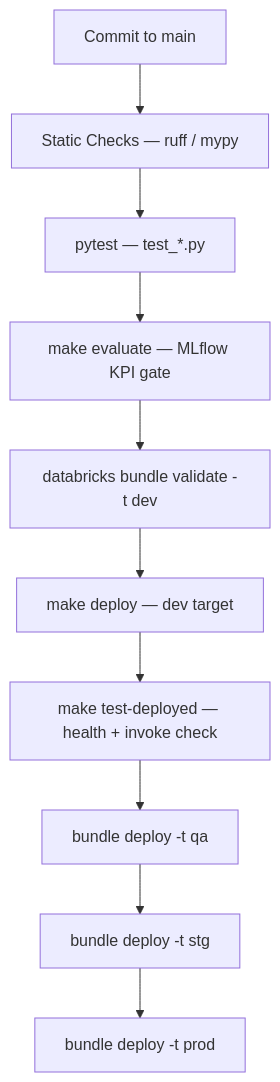
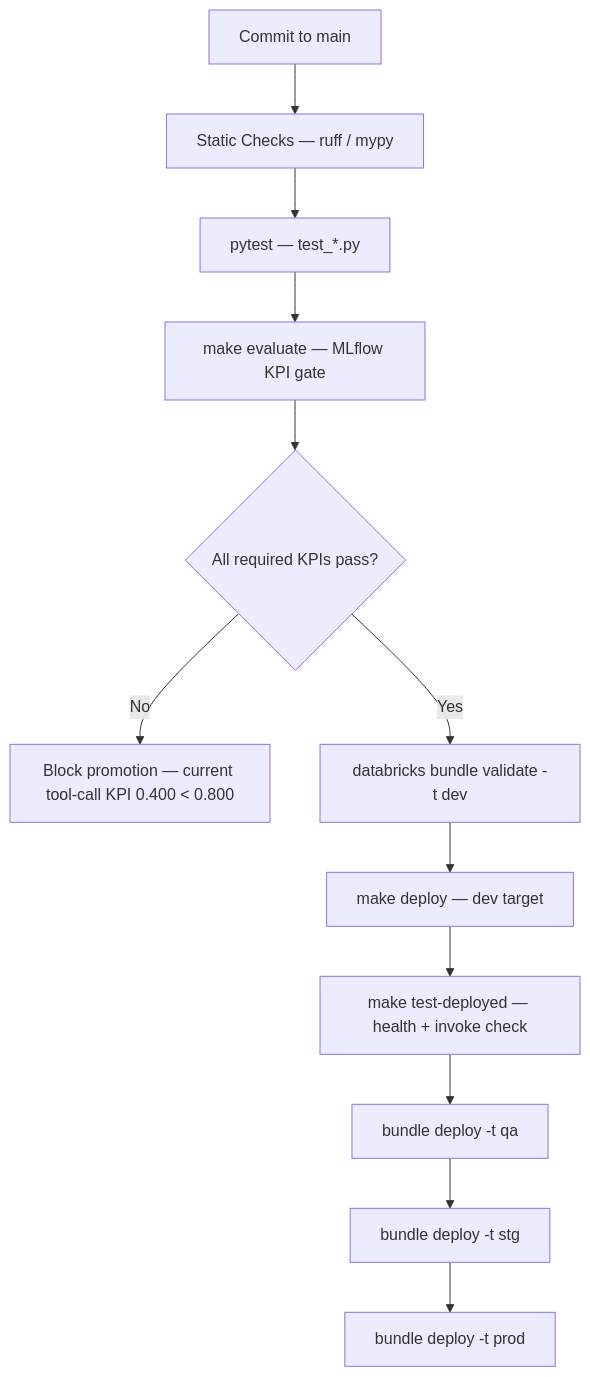
The second of 5 diagrams in docs/architecture/design-artifacts/06-deployment-detailed.md (wchen-dea/Governed-Multi-Agent-Intelligence-on-Databricks), drawn with Mermaid before and after one commit. The commit also changed other lines of this file and 33 other files, not shown here.

````diff
--- a/docs/architecture/design-artifacts/06-deployment-detailed.md
+++ b/docs/architecture/design-artifacts/06-deployment-detailed.md
@@ -27,12 +28,14 @@
 ```mermaid
 flowchart TD
     Commit[Commit to main] --> Lint[Static Checks — ruff / mypy]
     Lint --> Unit[pytest — test_*.py]
     Unit --> Eval[make evaluate — MLflow KPI gate]
-    Eval --> Validate[databricks bundle validate -t dev]
+    Eval --> Decision{All required KPIs pass?}
+    Decision -- No --> Block[Block promotion — current tool-call KPI 0.400 < 0.800]
+    Decision -- Yes --> Validate[databricks bundle validate -t dev]
     Validate --> DeployDev[make deploy — dev target]
     DeployDev --> Smoke[make test-deployed — health + invoke check]
     Smoke --> DeployQA[bundle deploy -t qa]
     DeployQA --> DeployStg[bundle deploy -t stg]
     DeployStg --> DeployProd[bundle deploy -t prod]
 ```
````
